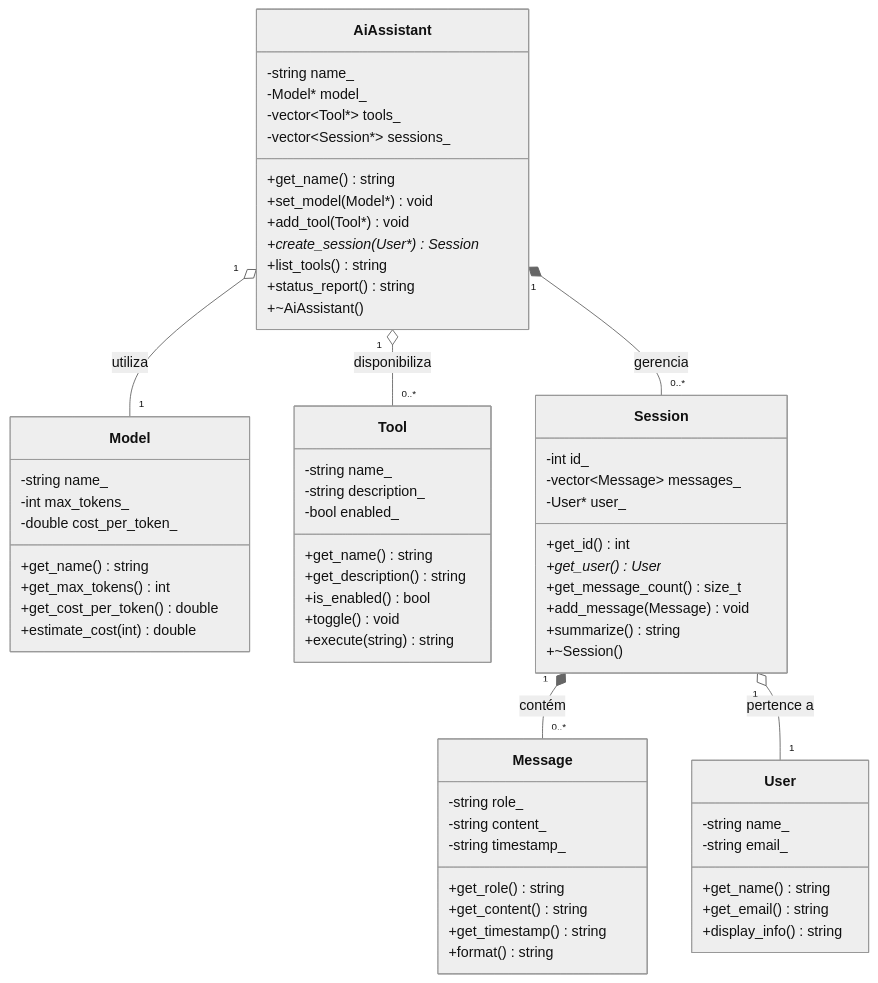
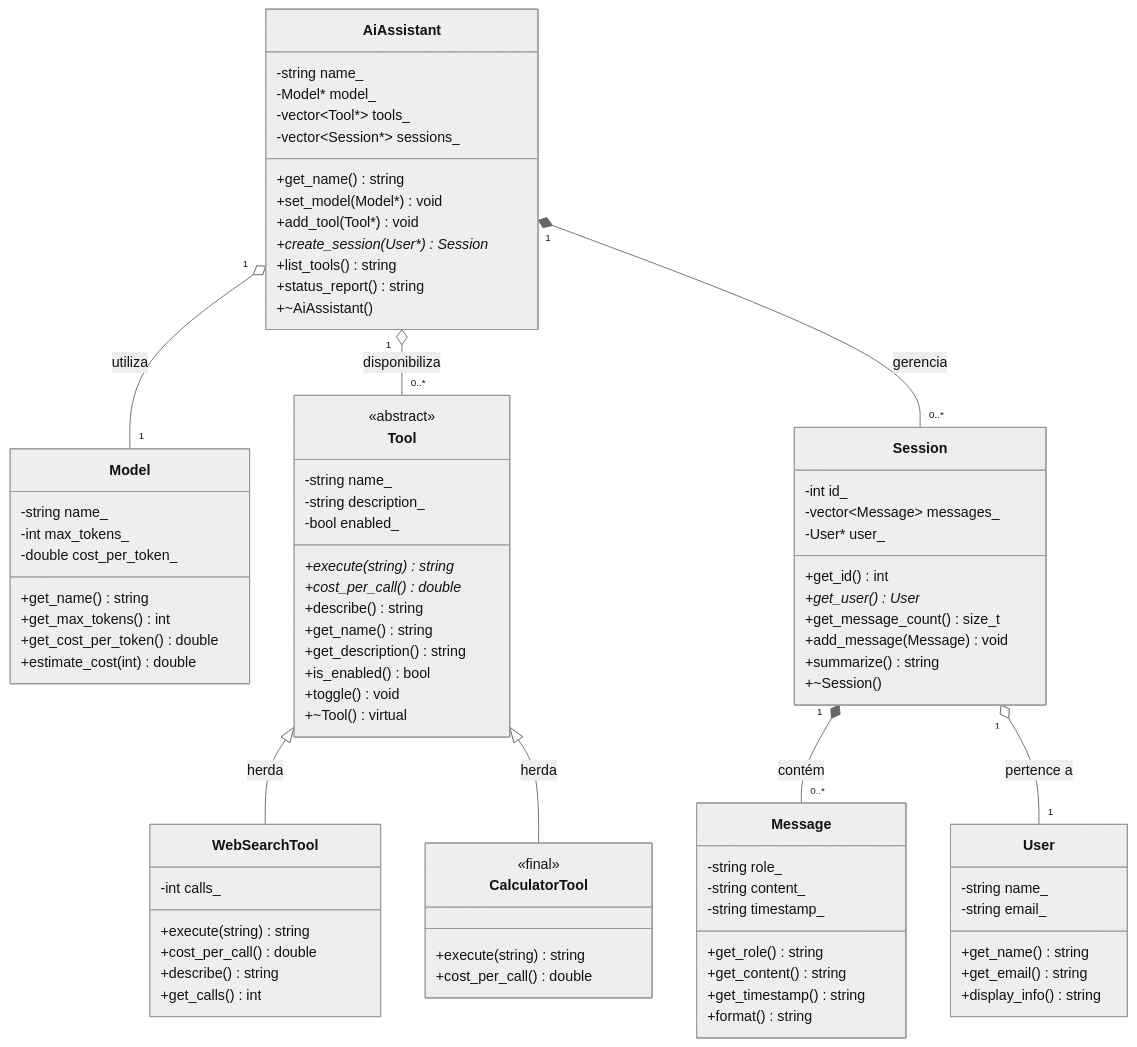
Before and after one commit to edudolivs/code-cluster: the diagram in README.md, drawn with Mermaid (neutral theme). The commit also changed other lines of this file and 5 other files, not shown here.

````diff
--- a/README.md
+++ b/README.md
@@ -35,14 +35,32 @@
     }
 
     class Tool {
+        <<abstract>>
         -string name_
         -string description_
         -bool enabled_
+        +execute(string)* string
+        +cost_per_call()* double
+        +describe() string
         +get_name() string
         +get_description() string
         +is_enabled() bool
         +toggle() void
+        +~Tool() virtual
+    }
+
+    class WebSearchTool {
+        -int calls_
         +execute(string) string
+        +cost_per_call() double
+        +describe() string
+        +get_calls() int
+    }
+
+    class CalculatorTool {
+        <<final>>
+        +execute(string) string
+        +cost_per_call() double
     }
 
     class Message {
@@ -86,4 +104,6 @@
     AiAssistant "1" *-- "0..*" Session : gerencia
     Session "1" *-- "0..*" Message : contém
     Session "1" o-- "1" User : pertence a
+    Tool <|-- WebSearchTool : herda
+    Tool <|-- CalculatorTool : herda
 ```
````
